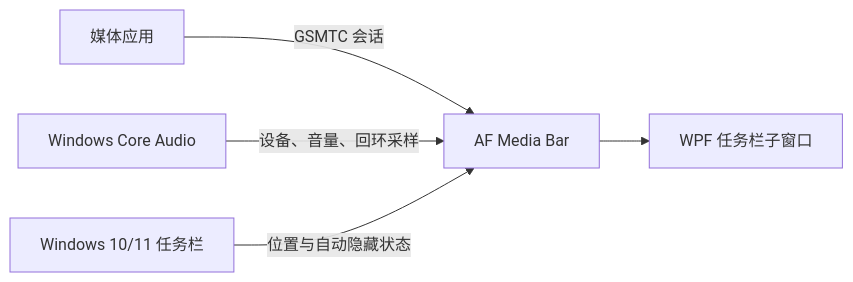
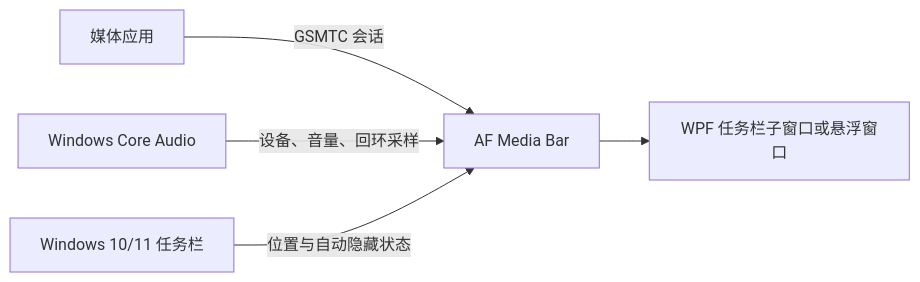
The diagram in README.md (Fervent-Tempo/AF-Media-Bar), drawn with Mermaid before and after one commit. The commit also changed other lines of this file and 8 other files, not shown here.

````diff
--- a/README.md
+++ b/README.md
@@ -93,7 +95,7 @@
 ```mermaid
 flowchart LR
     A[媒体应用] -->|GSMTC 会话| B[AF Media Bar]
     C[Windows Core Audio] -->|设备、音量、回环采样| B
     D[Windows 10/11 任务栏] -->|位置与自动隐藏状态| B
-    B --> E[WPF 任务栏子窗口]
+    B --> E[WPF 任务栏子窗口或悬浮窗口]
 ```
````
